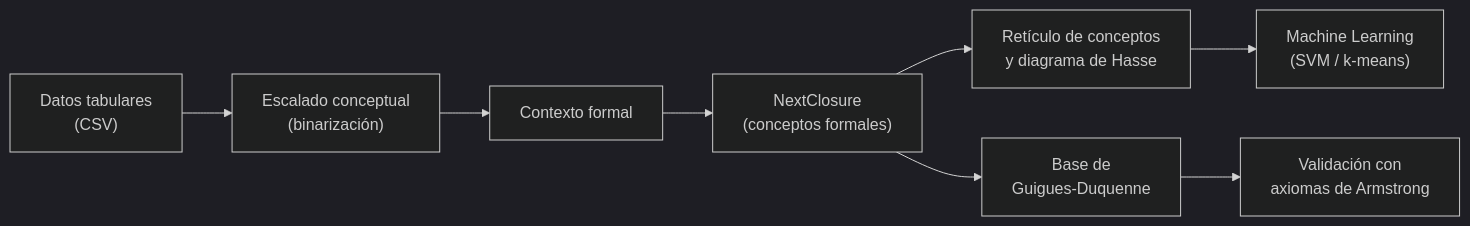
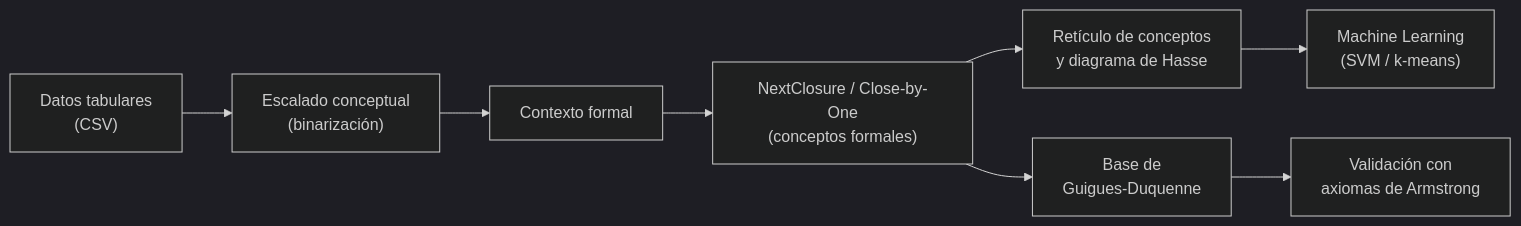
Before and after one commit to spartan14799/PR-ABD: the diagram in README.md, drawn with Mermaid (dark theme). The commit also changed other lines of this file, not shown here.

````diff
--- a/README.md
+++ b/README.md
@@ -81,10 +84,10 @@
 ```mermaid
 flowchart LR
     A["Datos tabulares<br/>(CSV)"] --> B["Escalado conceptual<br/>(binarización)"]
     B --> C["Contexto formal"]
-    C --> D["NextClosure<br/>(conceptos formales)"]
+    C --> D["NextClosure / Close-by-One<br/>(conceptos formales)"]
     D --> E["Retículo de conceptos<br/>y diagrama de Hasse"]
     D --> F["Base de<br/>Guigues-Duquenne"]
     F --> G["Validación con<br/>axiomas de Armstrong"]
     E --> H["Machine Learning<br/>(SVM / k-means)"]
 ```
````
